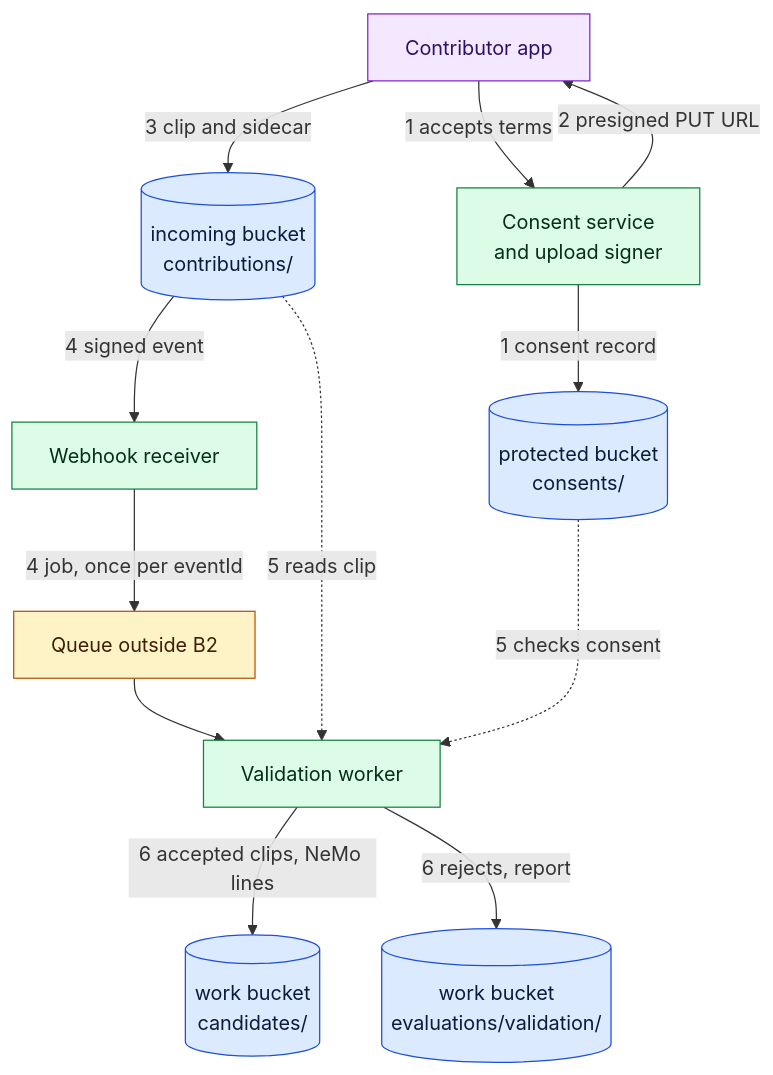
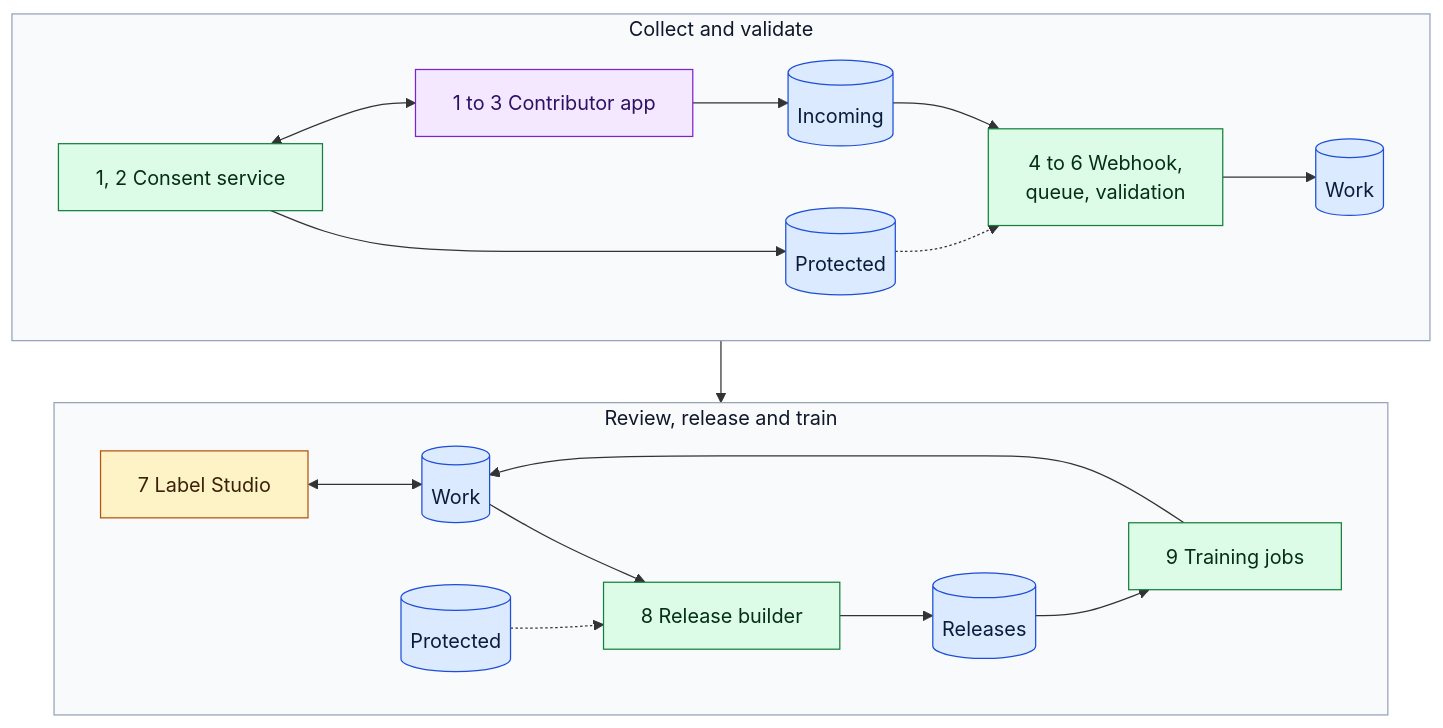
The diagram in architectures/voice-training-data-lifecycle/architecture.md (backblaze-b2-samples/b2-voice-ai-reference-architectures), drawn with Mermaid before and after one commit. The commit also changed other lines of this file and 2 other files, not shown here.

Commit message:
Fit each architecture diagram in a single screen
Replace the two tall diagrams per architecture with one landscape diagram
of about 900 px by 550 px or less, so the whole flow is visible without
scrolling. Edge labels and nodes carry step numbers only; the details
(prefixes, manifest order, consent checks, key scoping) are stated in the
numbered Steps list and the existing tables.

````diff
--- a/architectures/voice-training-data-lifecycle/architecture.md
+++ b/architectures/voice-training-data-lifecycle/architecture.md
@@ -19,33 +17,45 @@
 ```mermaid
 flowchart TB
-  APP["Contributor app"]
-  CS["Consent service<br/>and upload signer"]
-  PROT[("protected bucket<br/>consents/")]
-  INC[("incoming bucket<br/>contributions/")]
-  HOOK["Webhook receiver"]
-  Q["Queue outside B2"]
-  VAL["Validation worker"]
-  CAND[("work bucket<br/>candidates/")]
-  EVAL[("work bucket<br/>evaluations/validation/")]
-
-  APP -->|"1 accepts terms"| CS
-  CS -->|"1 consent record"| PROT
-  CS -->|"2 presigned PUT URL"| APP
-  APP -->|"3 clip and sidecar"| INC
-  INC -->|"4 signed event"| HOOK
-  HOOK -->|"4 job, once per eventId"| Q
-  Q --> VAL
-  INC -.->|"5 reads clip"| VAL
-  PROT -.->|"5 checks consent"| VAL
-  VAL -->|"6 accepted clips, NeMo lines"| CAND
-  VAL -->|"6 rejects, report"| EVAL
+  subgraph collect["Collect and validate"]
+    direction LR
+    CS["1, 2 Consent service"]
+    APP["1 to 3 Contributor app"]
+    PROT1[("Protected")]
+    INC[("Incoming")]
+    VAL["4 to 6 Webhook,<br/>queue, validation"]
+    WORK1[("Work")]
+    CS <--> APP
+    CS --> PROT1
+    APP --> INC
+    INC --> VAL
+    PROT1 -.-> VAL
+    VAL --> WORK1
+  end
+  subgraph release["Review, release and train"]
+    direction LR
+    LS["7 Label Studio"]
+    WORK2[("Work")]
+    PROT2[("Protected")]
+    BUILD["8 Release builder"]
+    REL[("Releases")]
+    JOB["9 Training jobs"]
+    LS <--> WORK2
+    WORK2 --> BUILD
+    PROT2 -.-> BUILD
+    BUILD --> REL
+    REL --> JOB
+    JOB --> WORK2
+  end
+  collect --> release
 
   classDef store fill:#dbeafe,stroke:#1d4ed8,color:#0b1b3a
   classDef svc fill:#dcfce7,stroke:#15803d,color:#052e16
   classDef ext fill:#fef3c7,stroke:#b45309,color:#3b2005
   classDef person fill:#f3e8ff,stroke:#7e22ce,color:#2e1065
-  class PROT,INC,CAND,EVAL store
-  class CS,HOOK,VAL svc
-  class Q ext
+  class PROT1,PROT2,INC,WORK1,WORK2,REL store
+  class CS,VAL,BUILD,JOB svc
+  class LS ext
   class APP person
+  style collect fill:#f8fafc,stroke:#94a3b8,color:#0f172a
+  style release fill:#f8fafc,stroke:#94a3b8,color:#0f172a
 ```
````
